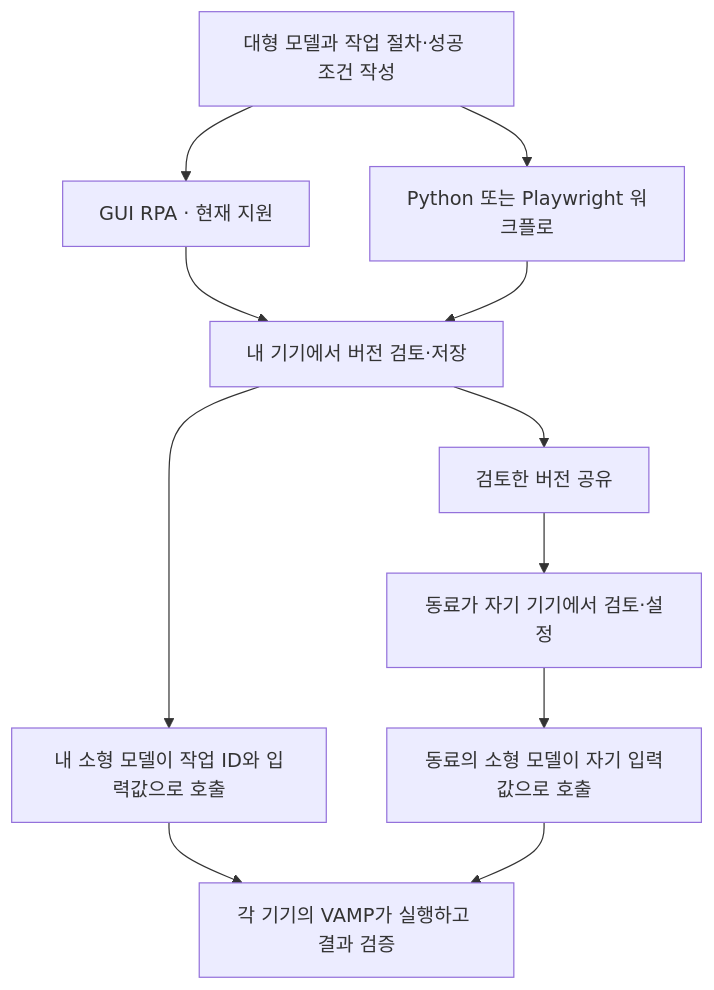
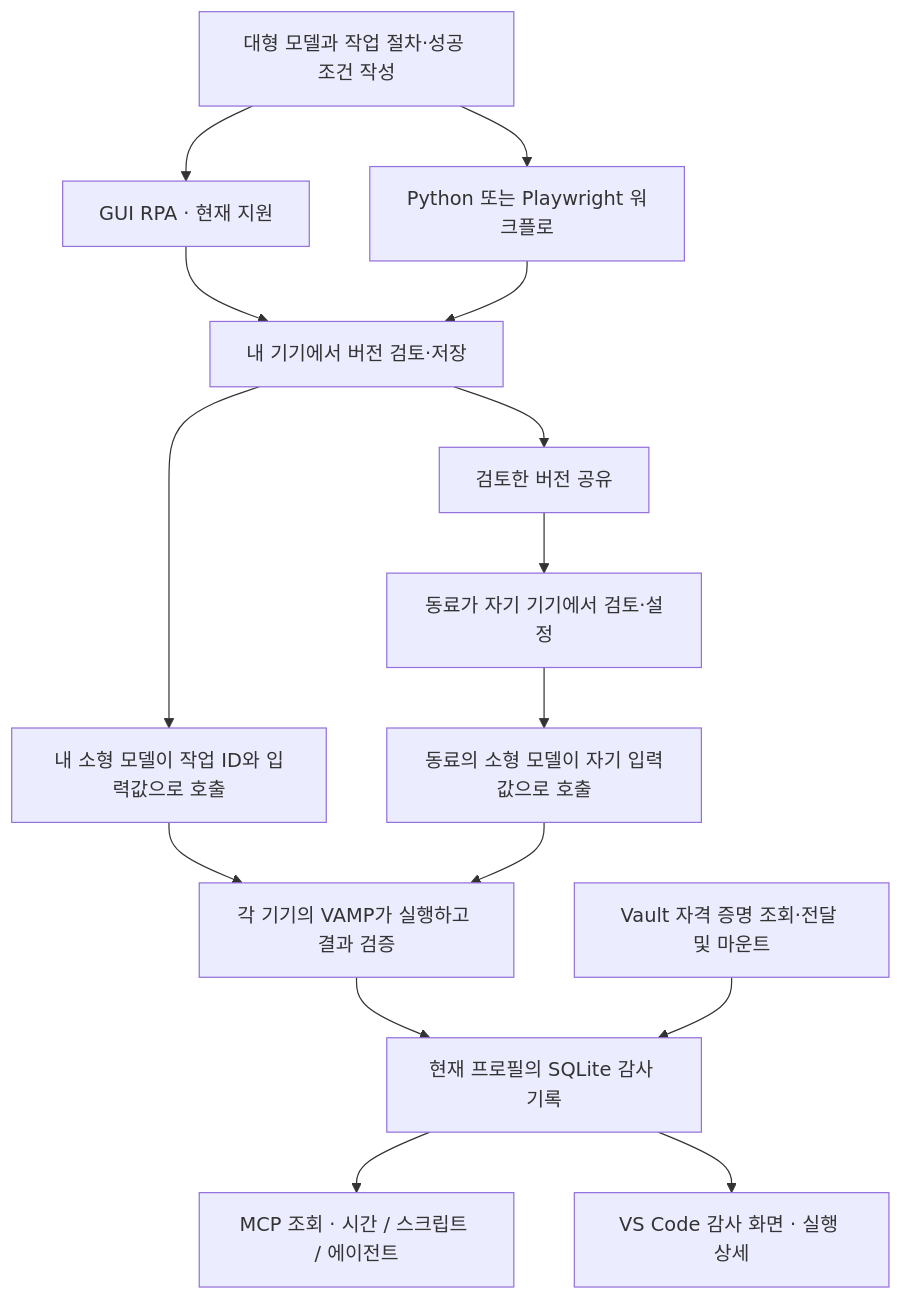
Before and after one commit to wayfarer6/vamp-mcp: the first of 2 diagrams in README.ko.md, drawn with Mermaid. The commit also changed other lines of this file and 27 other files, not shown here.

Commit message:
Record workflow and Vault audit events in SQLite and expose filtered history

````diff
--- a/README.ko.md
+++ b/README.ko.md
@@ -45,13 +45,17 @@
 ```mermaid
 flowchart TD
     A["대형 모델과 작업 절차·성공 조건 작성"] --> G["GUI RPA · 현재 지원"]
     A --> C["Python 또는 Playwright 워크플로"]
     G --> L["내 기기에서 버전 검토·저장"]
     C --> L
     L --> M["내 소형 모델이 작업 ID와 입력값으로 호출"]
     L --> P["검토한 버전 공유"]
     P --> T["동료가 자기 기기에서 검토·설정"]
     T --> N["동료의 소형 모델이 자기 입력값으로 호출"]
     M --> R["각 기기의 VAMP가 실행하고 결과 검증"]
     N --> R
+    R --> DB["현재 프로필의 SQLite 감사 기록"]
+    V["Vault 자격 증명 조회·전달 및 마운트"] --> DB
+    DB --> Q["MCP 조회 · 시간 / 스크립트 / 에이전트"]
+    DB --> U["VS Code 감사 화면 · 실행 상세"]
 ```
````
